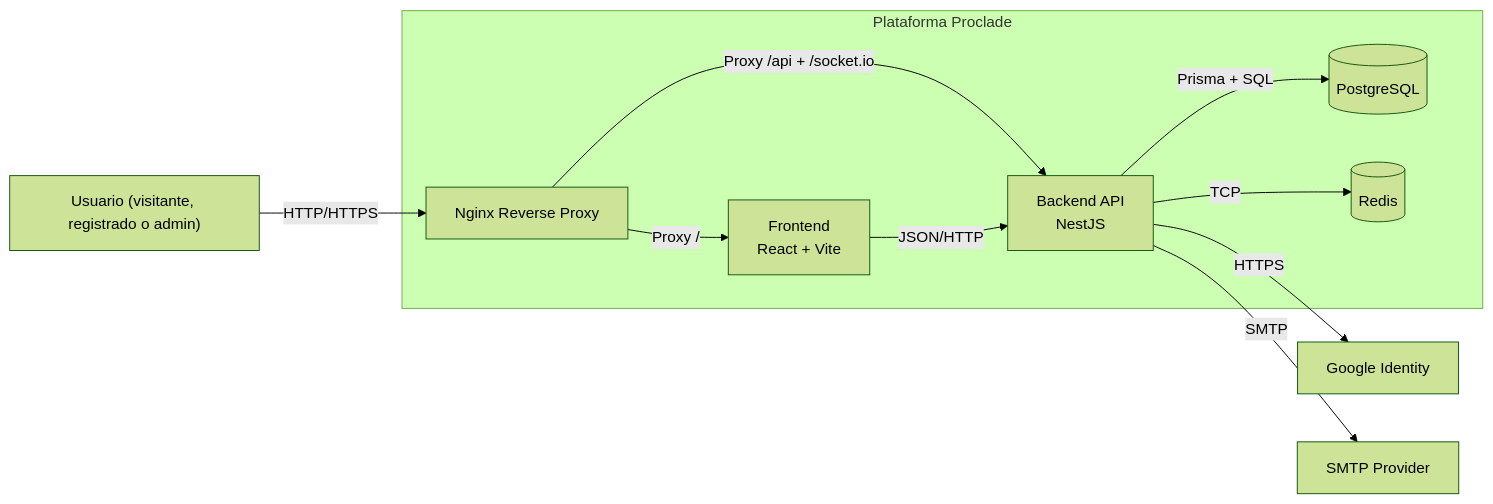
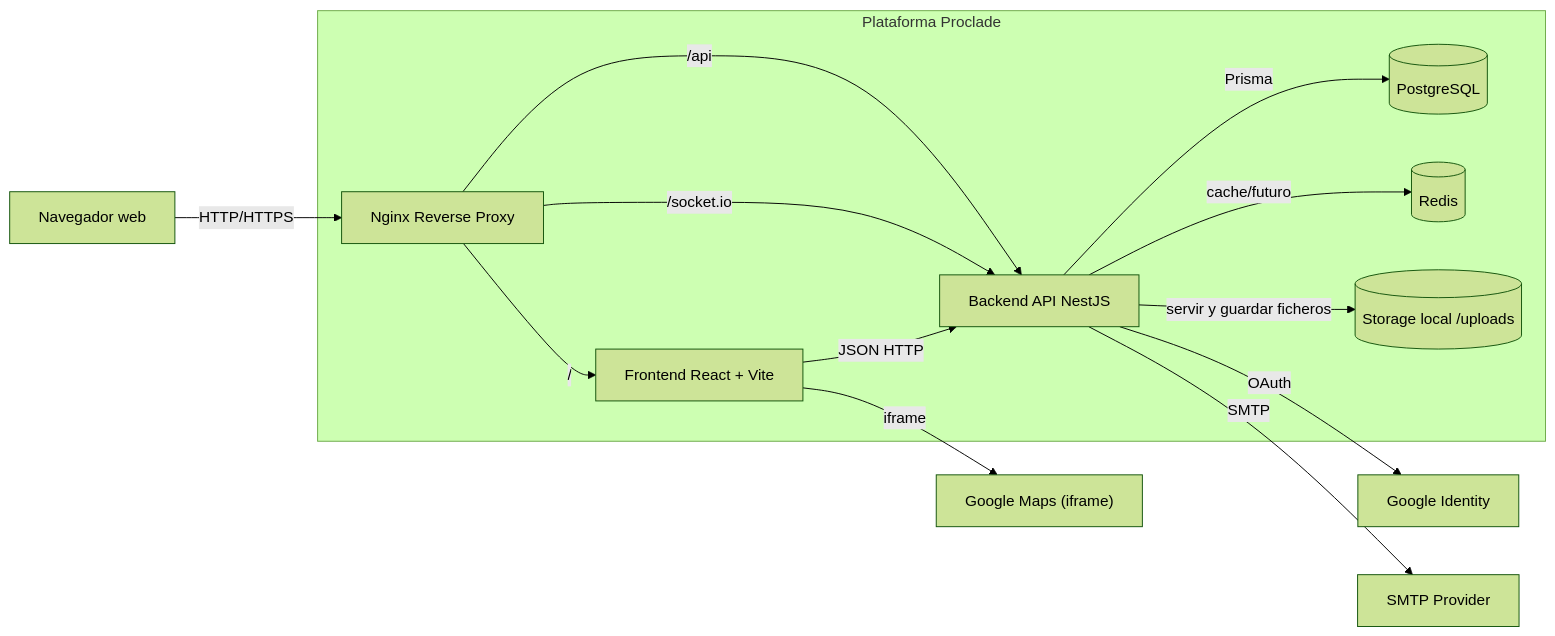
One commit to RoockDev/proyecto-proclade changed the diagram in docs/02-architecture/02.2-c4-container.md. Above: the diagram before and after it, drawn with Mermaid (forest theme). The commit also changed other lines of this file and 37 other files, not shown here.

````diff
--- a/docs/02-architecture/02.2-c4-container.md
+++ b/docs/02-architecture/02.2-c4-container.md
@@ -7,24 +7,30 @@
 ```mermaid
 flowchart LR
-  user["Usuario (visitante, registrado o admin)"]
+  browser["Navegador web"]
   google["Google Identity"]
   smtp["SMTP Provider"]
+  maps["Google Maps (iframe)"]
 
   subgraph system["Plataforma Proclade"]
     nginx["Nginx Reverse Proxy"]
-    frontend["Frontend<br/>React + Vite"]
-    api["Backend API<br/>NestJS"]
+    frontend["Frontend React + Vite"]
+    api["Backend API NestJS"]
     db[("PostgreSQL")]
     redis[("Redis")]
+    files[("Storage local /uploads")]
   end
 
-  user -->|"HTTP/HTTPS"| nginx
-  nginx -->|"Proxy /"| frontend
-  nginx -->|"Proxy /api + /socket.io"| api
+  browser -->|"HTTP/HTTPS"| nginx
+  nginx -->|"/"| frontend
+  nginx -->|"/api"| api
+  nginx -->|"/socket.io"| api
 
-  frontend -->|"JSON/HTTP"| api
-  api -->|"Prisma + SQL"| db
-  api -->|"TCP"| redis
-  api -->|"HTTPS"| google
+  frontend -->|"JSON HTTP"| api
+  frontend -->|"iframe"| maps
+
+  api -->|"Prisma"| db
+  api -->|"cache/futuro"| redis
+  api -->|"servir y guardar ficheros"| files
+  api -->|"OAuth"| google
   api -->|"SMTP"| smtp
 ```
````
